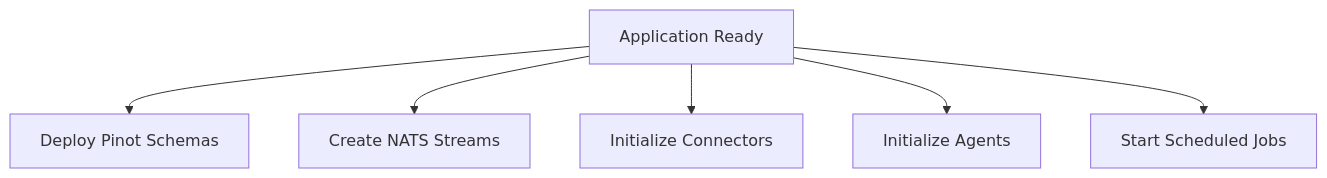
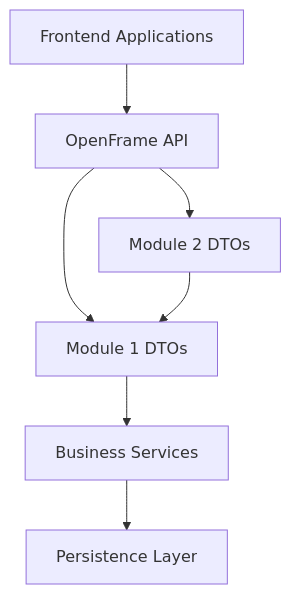
Before and after one commit to flamingo-stack/openframe-oss-lib: the seventh of 7 diagrams in docs/reference/architecture/README.md, drawn with Mermaid. The commit also changed other lines of this file and 24 other files, not shown here.

Commit message:
docs: Stage 2 - Architecture analysis (5 files) [skip ci]

````diff
--- a/docs/reference/architecture/README.md
+++ b/docs/reference/architecture/README.md
@@ -209,8 +301,10 @@
 ```mermaid
-flowchart TD
-    Startup["Application Ready"] --> PinotInit["Deploy Pinot Schemas"]
-    Startup --> NatsInit["Create NATS Streams"]
-    Startup --> DebeziumInit["Initialize Connectors"]
-    Startup --> AgentInit["Initialize Agents"]
-    Startup --> Schedulers["Start Scheduled Jobs"]
+flowchart TB
+    UI["Frontend Applications"] --> API["OpenFrame API"]
+    API --> Module1["Module 1 DTOs"]
+    API --> Module2["Module 2 DTOs"]
+
+    Module2 --> Module1
+    Module1 --> Services["Business Services"]
+    Services --> Database["Persistence Layer"]
 ```
````
